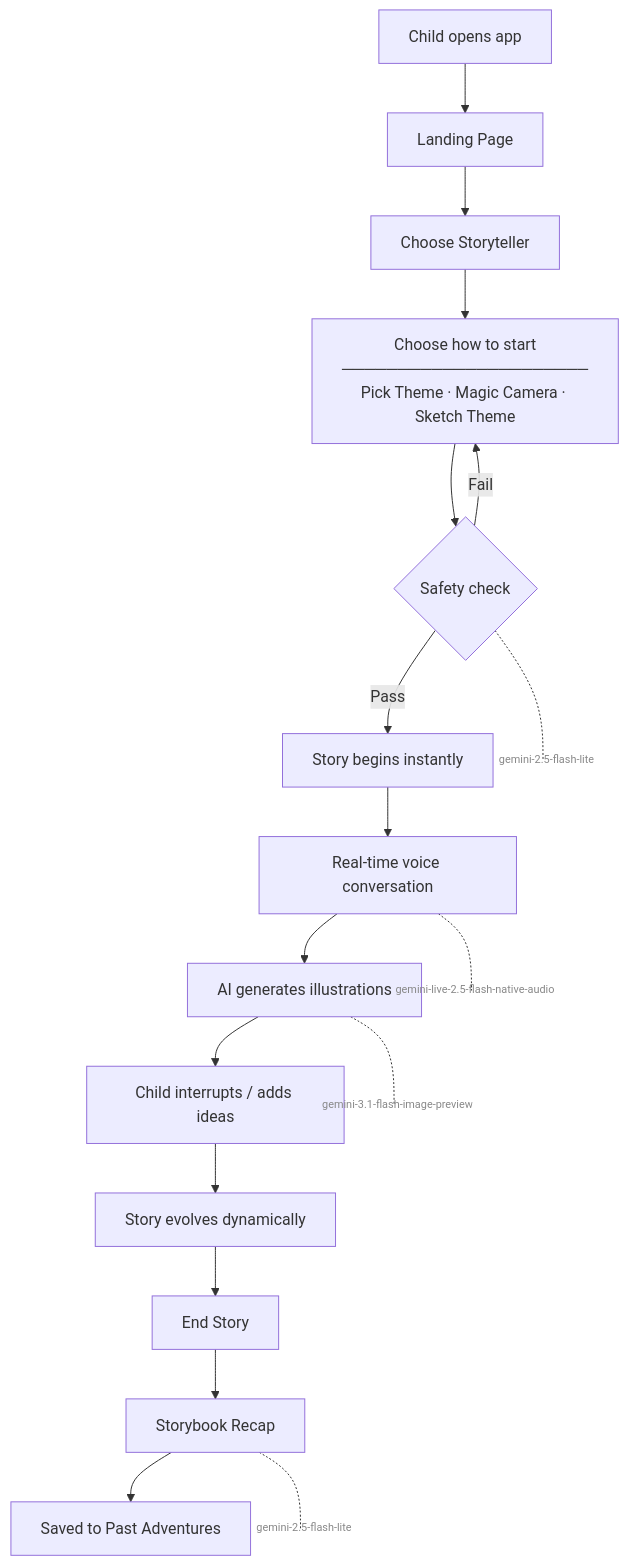
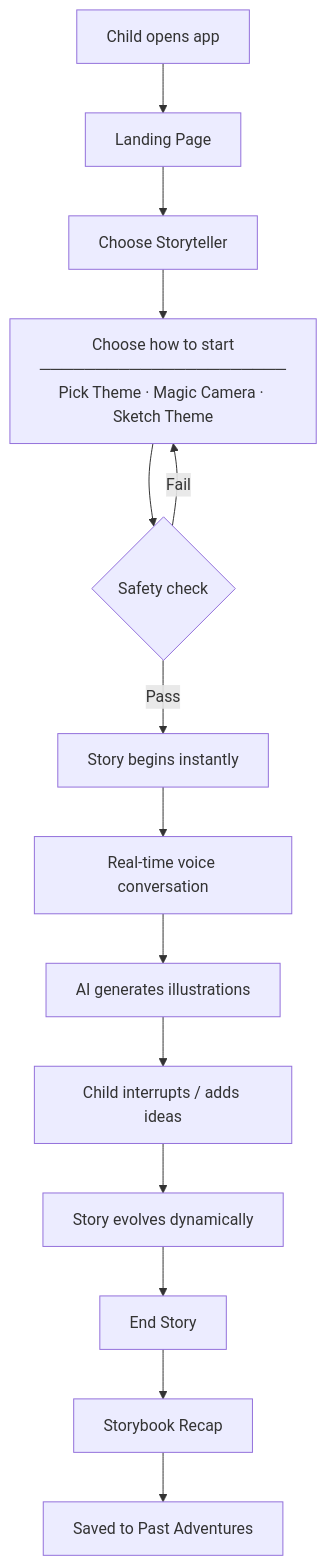
The diagram in README.md (padmanabhan-r/TaleWeaver), drawn with Mermaid before and after one commit.

Commit message:
docs: remove model name annotations from flowchart

````diff
--- a/README.md
+++ b/README.md
@@ -188,24 +188,18 @@
 ```mermaid
 flowchart TD
     A[Child opens app] --> B[Landing Page]
     B --> C[Choose Storyteller]
     C --> D["Choose how to start<br/>──────────────────────<br/>Pick Theme · Magic Camera · Sketch Theme"]
     D --> SC{Safety check}
     SC -->|Pass| H[Story begins instantly]
     SC -->|Fail| D
     H --> I[Real-time voice conversation]
     I --> J[AI generates illustrations]
     J --> K[Child interrupts / adds ideas]
     K --> L[Story evolves dynamically]
     L --> M[End Story]
     M --> N[Storybook Recap]
     N --> O[Saved to Past Adventures]
 
-    SC -.- m1>gemini-2.5-flash-lite]
-    I  -.- m2>gemini-live-2.5-flash-native-audio]
-    J  -.- m3>gemini-3.1-flash-image-preview]
-    N  -.- m4>gemini-2.5-flash-lite]
 
-    classDef model fill:none,stroke:none,color:#888,font-size:11px
-    class m1,m2,m3,m4 model
 ```
````
